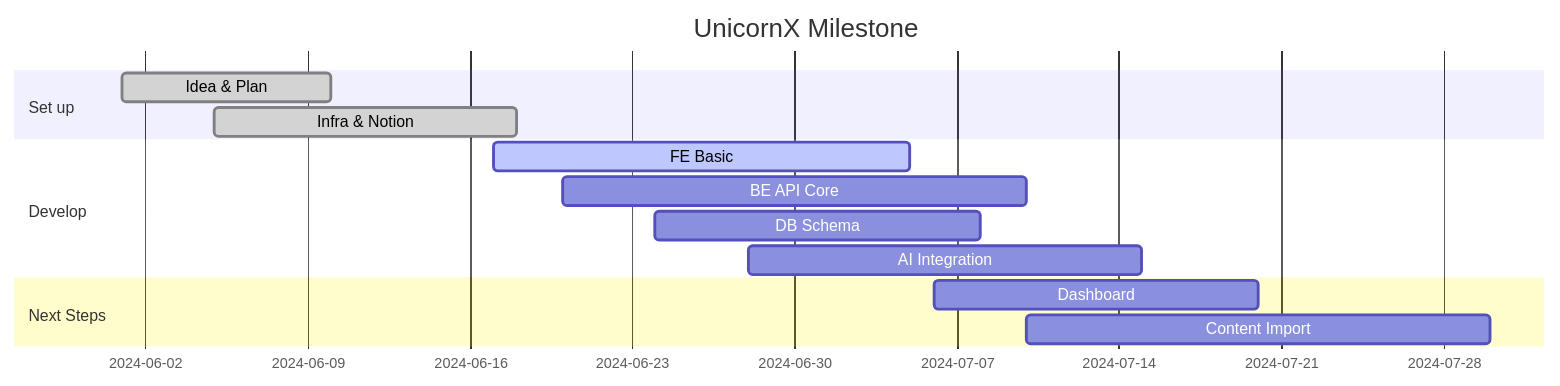
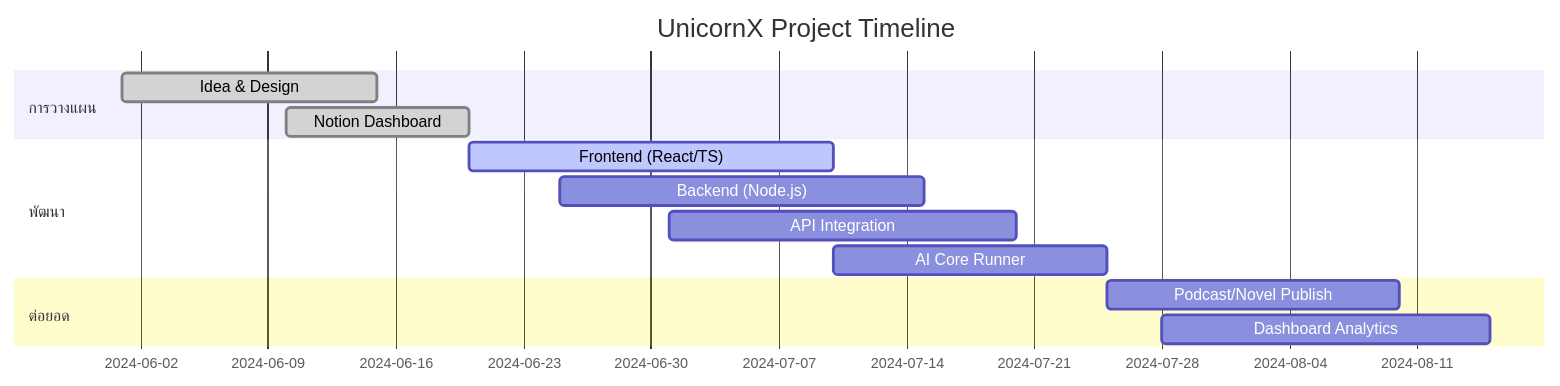
Before and after one commit to billlzzz10/UnicornX: the first of 3 diagrams in README.md, drawn with Mermaid. The commit also changed other lines of this file and 14 other files, not shown here.

````diff
--- a/README.md
+++ b/README.md
@@ -59,16 +34,16 @@
 ```mermaid
 gantt
   dateFormat  YYYY-MM-DD
-  title UnicornX Milestone
-  section Set up
-    Idea & Plan         :done,  des1, 2024-06-01,2024-06-10
-    Infra & Notion      :done,  des2, 2024-06-05,2024-06-18
-  section Develop
-    FE Basic            :active,dev1, 2024-06-17,2024-07-05
-    BE API Core         :        dev2, 2024-06-20,2024-07-10
-    DB Schema           :        dev3, 2024-06-24,2024-07-08
-    AI Integration      :        dev4, 2024-06-28,2024-07-15
-  section Next Steps
-    Dashboard           :        dash, 2024-07-06,2024-07-20
-    Content Import      :        cont, 2024-07-10,2024-07-30
+  title UnicornX Project Timeline
+  section การวางแผน
+    Idea & Design         :done,    des1, 2024-06-01,2024-06-15
+    Notion Dashboard      :done,    des2, 2024-06-10,2024-06-20
+  section พัฒนา
+    Frontend (React/TS)   :active,  dev1, 2024-06-20,2024-07-10
+    Backend (Node.js)     :         dev2, 2024-06-25,2024-07-15
+    API Integration       :         dev3, 2024-07-01,2024-07-20
+    AI Core Runner        :         dev4, 2024-07-10,2024-07-25
+  section ต่อยอด
+    Podcast/Novel Publish :         pub1, 2024-07-25,2024-08-10
+    Dashboard Analytics   :         pub2, 2024-07-28,2024-08-15
 ```
````
